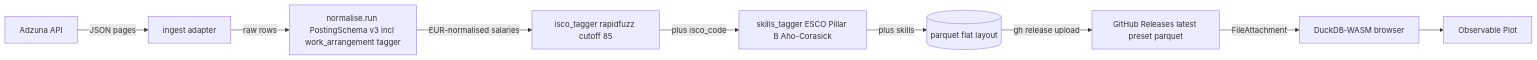
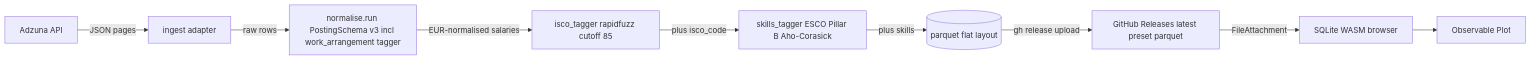
Before and after one commit to alex-wu/jobmarket_analyzer: the first of 2 diagrams in site/src/methodology.md, drawn with Mermaid. The commit also changed other lines of this file and 28 other files, not shown here.

First line of the commit message:
feat: replace in-browser DuckDB-WASM with SQLite (sql.js) backend (#69)

````diff
--- a/site/src/methodology.md
+++ b/site/src/methodology.md
@@ -15,11 +15,11 @@
 ```mermaid
 flowchart LR
   A[Adzuna API] -->|JSON pages| B[ingest adapter]
   B -->|raw rows| C[normalise.run PostingSchema v3 incl work_arrangement tagger]
   C -->|EUR-normalised salaries| D[isco_tagger rapidfuzz cutoff 85]
   D -->|plus isco_code| E[skills_tagger ESCO Pillar B Aho-Corasick]
   E -->|plus skills| F[(parquet flat layout)]
   F -->|gh release upload| G[GitHub Releases latest preset parquet]
-  G -->|FileAttachment| H[DuckDB-WASM browser]
+  G -->|FileAttachment| H[SQLite WASM browser]
   H --> I[Observable Plot]
 ```
````
